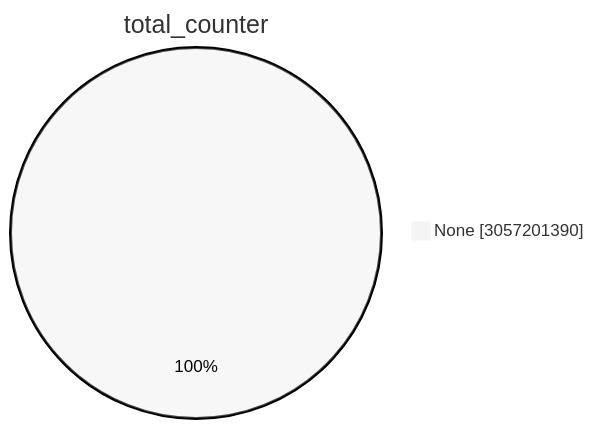
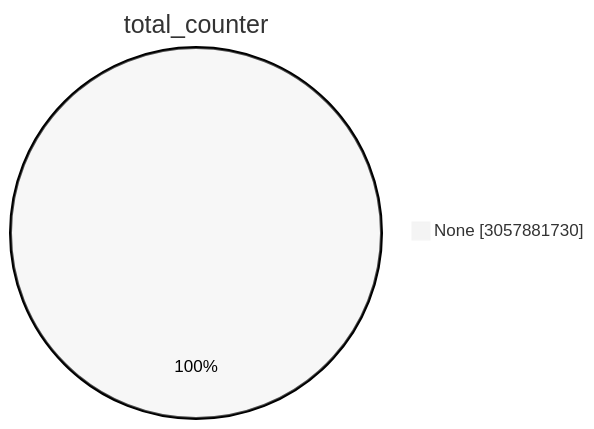
One commit to christiankrug/ctmonitor_visualization changed the first of 15 diagrams in TOTAL/README.md. Above: the diagram before and after it, drawn with Mermaid (neutral theme). The commit also changed other lines of this file, not shown here.

````diff
--- a/TOTAL/README.md
+++ b/TOTAL/README.md
@@ -1,5 +1,5 @@
 ```mermaid
 pie showData
 title total_counter
-"None" :3057201390
+"None" :3057881730
 ```
````
